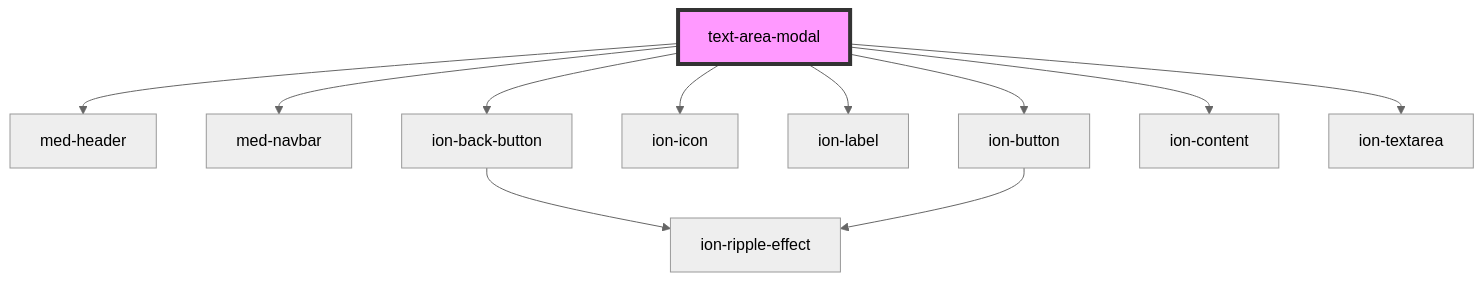
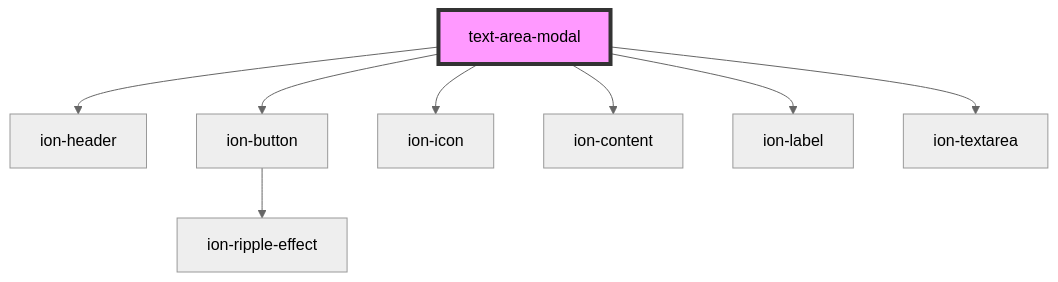
Before and after one commit to MEDGRUPOGIT/ionic-framework-1: the diagram in core/src/components/@templarios/ionic-1-migracao/duvidas-academicas/text-area-modal/readme.md, drawn with Mermaid (neutral theme). The commit also changed other lines of this file and 19 other files, not shown here.

````diff
--- a/core/src/components/@templarios/ionic-1-migracao/duvidas-academicas/text-area-modal/readme.md
+++ b/core/src/components/@templarios/ionic-1-migracao/duvidas-academicas/text-area-modal/readme.md
@@ -22,14 +20,11 @@
 ```mermaid
 graph TD;
-  text-area-modal --> med-header
-  text-area-modal --> med-navbar
-  text-area-modal --> ion-back-button
+  text-area-modal --> ion-header
+  text-area-modal --> ion-button
   text-area-modal --> ion-icon
+  text-area-modal --> ion-content
   text-area-modal --> ion-label
-  text-area-modal --> ion-button
-  text-area-modal --> ion-content
   text-area-modal --> ion-textarea
-  ion-back-button --> ion-ripple-effect
   ion-button --> ion-ripple-effect
   style text-area-modal fill:#f9f,stroke:#333,stroke-width:4px
 ```
````
